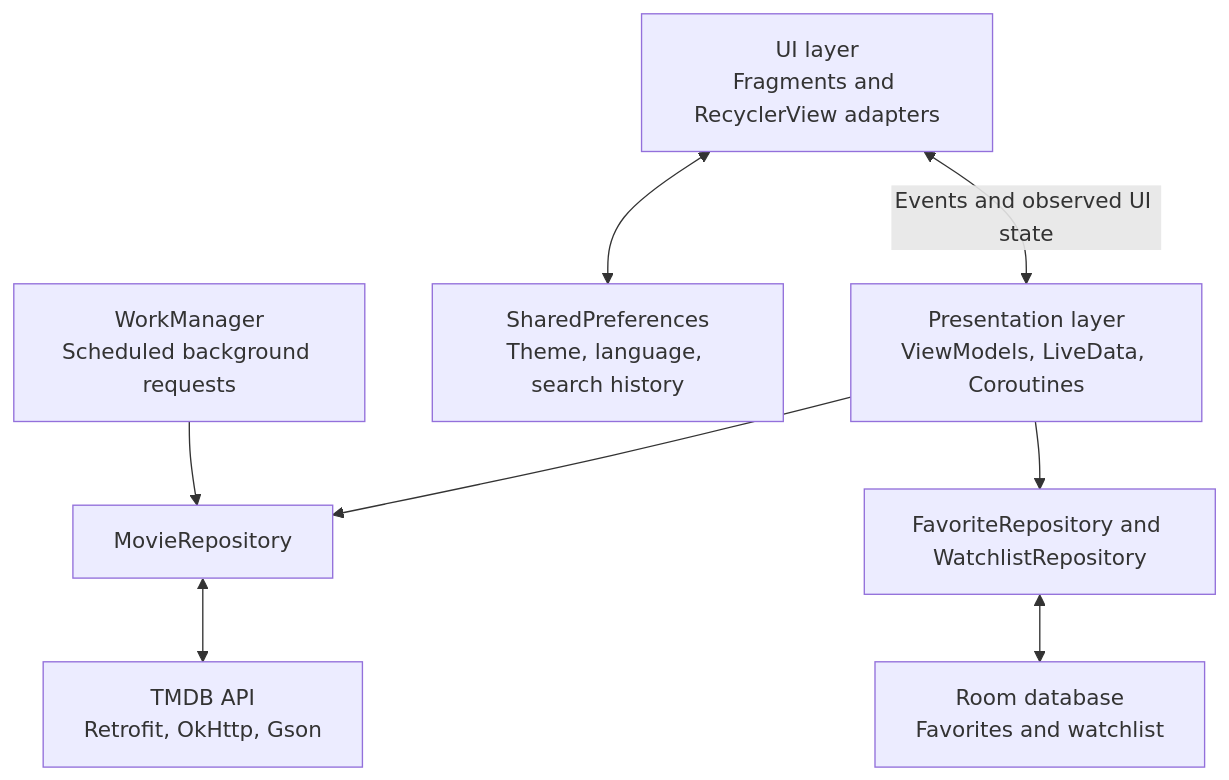
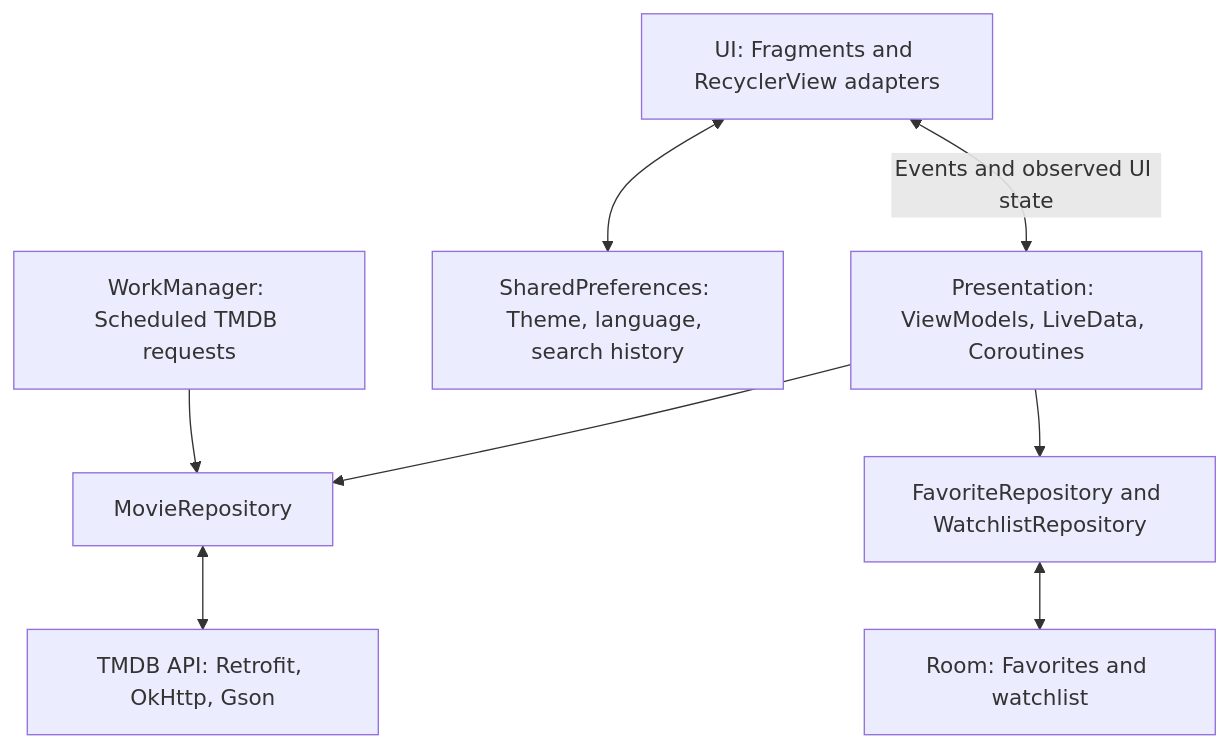
The diagram in README.md (LironTal01/PopFlix-App), drawn with Mermaid before and after one commit.

Commit message:
docs: simplify PopFlix architecture diagram labels

````diff
--- a/README.md
+++ b/README.md
@@ -36,19 +36,19 @@
 ```mermaid
 flowchart TB
-    UI["UI layer<br/>Fragments and RecyclerView adapters"]
-    VM["Presentation layer<br/>ViewModels, LiveData, Coroutines"]
+    UI["UI: Fragments and RecyclerView adapters"]
+    VM["Presentation: ViewModels, LiveData, Coroutines"]
     MOVIE["MovieRepository"]
     SAVED["FavoriteRepository and WatchlistRepository"]
-    API["TMDB API<br/>Retrofit, OkHttp, Gson"]
-    DB["Room database<br/>Favorites and watchlist"]
-    PREFS["SharedPreferences<br/>Theme, language, search history"]
-    WORKER["WorkManager<br/>Scheduled background requests"]
+    API["TMDB API: Retrofit, OkHttp, Gson"]
+    DB["Room: Favorites and watchlist"]
+    PREFS["SharedPreferences: Theme, language, search history"]
+    WORKER["WorkManager: Scheduled TMDB requests"]
 
     UI <--> |Events and observed UI state| VM
     VM --> MOVIE
     VM --> SAVED
     MOVIE <--> API
     SAVED <--> DB
     UI <--> PREFS
     WORKER --> MOVIE
 ```
````
